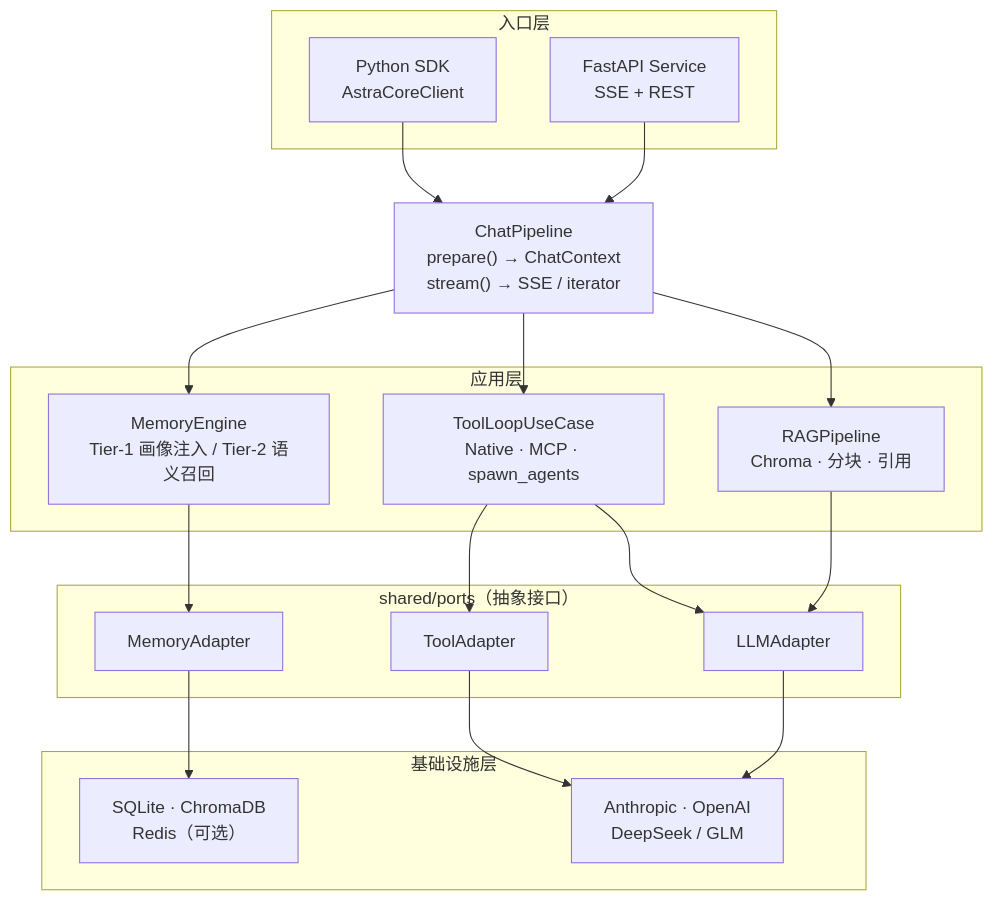
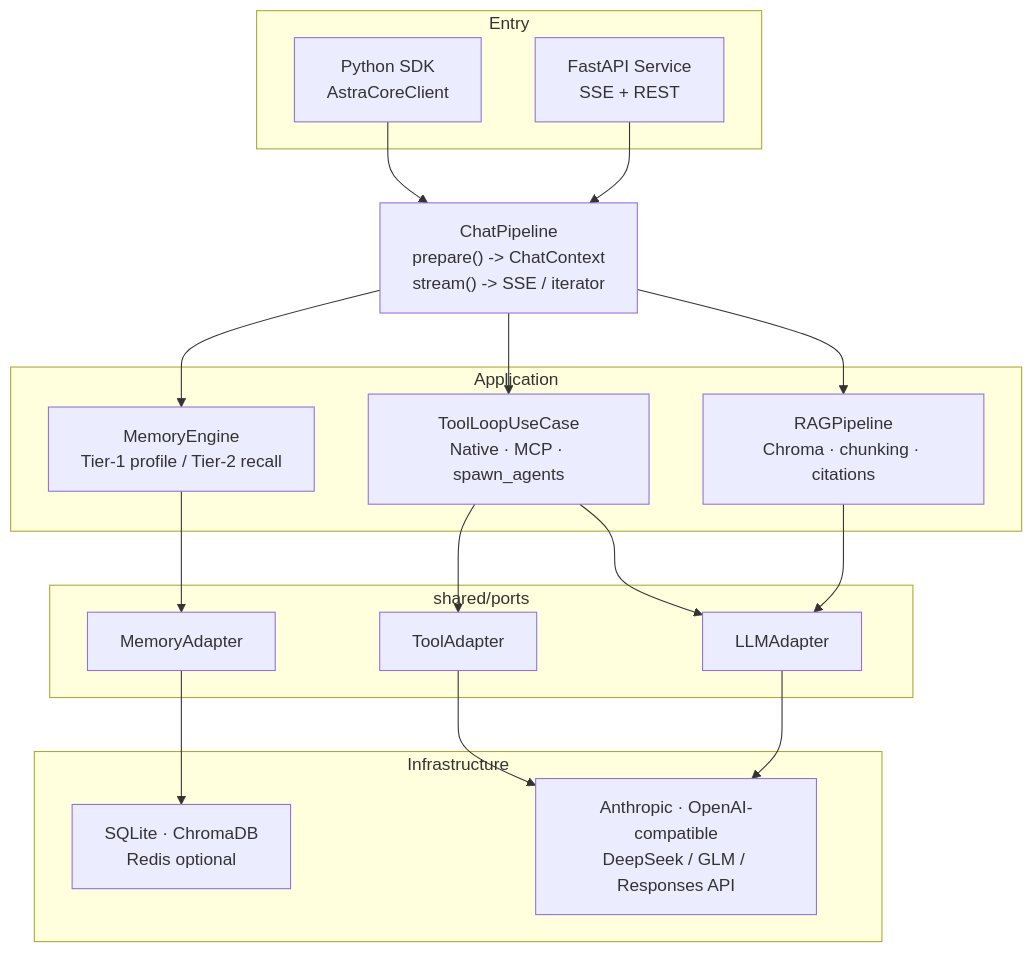
The diagram in README.md (ayxworxfr/AstraCoreAI), drawn with Mermaid before and after one commit. The commit also changed other lines of this file and 2 other files, not shown here.

````diff
--- a/README.md
+++ b/README.md
@@ -82,37 +96,37 @@
 ```mermaid
 flowchart TD
-    subgraph 入口层
+    subgraph Entry
         SDK["Python SDK\nAstraCoreClient"]
         HTTP["FastAPI Service\nSSE + REST"]
     end
 
     SDK & HTTP --> CP
 
-    CP["ChatPipeline\nprepare() → ChatContext\nstream() → SSE / iterator"]
+    CP["ChatPipeline\nprepare() -> ChatContext\nstream() -> SSE / iterator"]
 
-    subgraph 应用层
-        ME["MemoryEngine\nTier-1 画像注入 / Tier-2 语义召回"]
+    subgraph Application
+        ME["MemoryEngine\nTier-1 profile / Tier-2 recall"]
         TL["ToolLoopUseCase\nNative · MCP · spawn_agents"]
-        RP["RAGPipeline\nChroma · 分块 · 引用"]
+        RP["RAGPipeline\nChroma · chunking · citations"]
     end
 
     CP --> ME & TL & RP
 
-    subgraph 端口层["shared/ports（抽象接口）"]
+    subgraph Ports["shared/ports"]
         LLMPort["LLMAdapter"]
         ToolPort["ToolAdapter"]
         MemPort["MemoryAdapter"]
     end
 
     ME --> MemPort
     TL --> ToolPort & LLMPort
     RP --> LLMPort
 
-    subgraph 基础设施层
-        INF_LLM["Anthropic · OpenAI\nDeepSeek / GLM"]
-        INF_MEM["SQLite · ChromaDB\nRedis（可选）"]
+    subgraph Infrastructure
+        INF_LLM["Anthropic · OpenAI-compatible\nDeepSeek / GLM / Responses API"]
+        INF_MEM["SQLite · ChromaDB\nRedis optional"]
     end
 
     LLMPort & ToolPort --> INF_LLM
     MemPort --> INF_MEM
 ```
````
